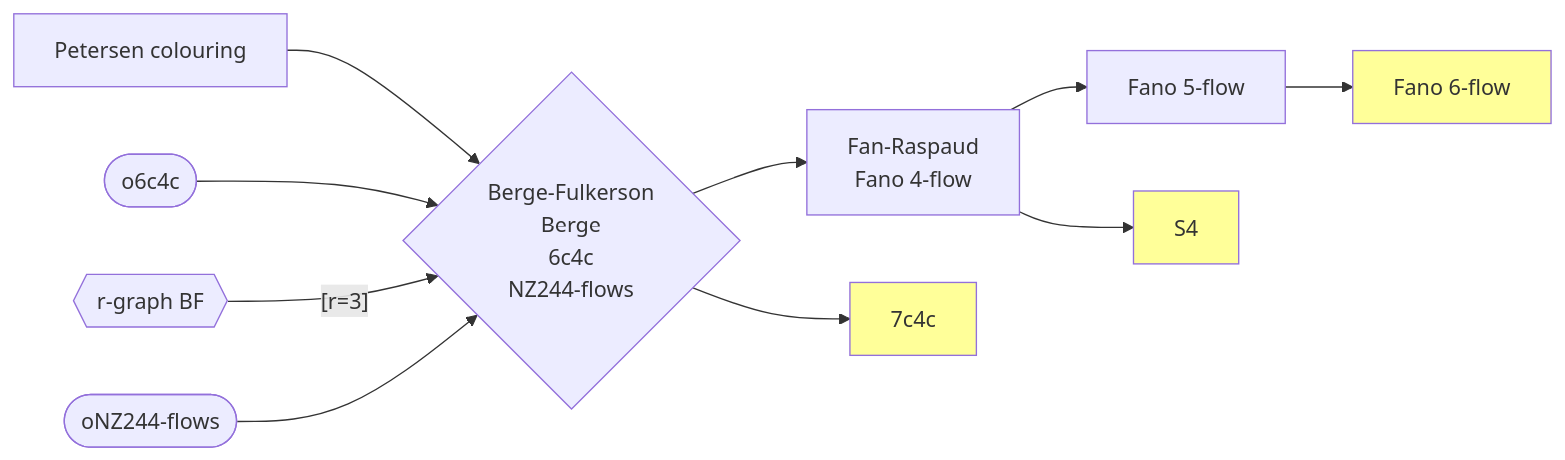
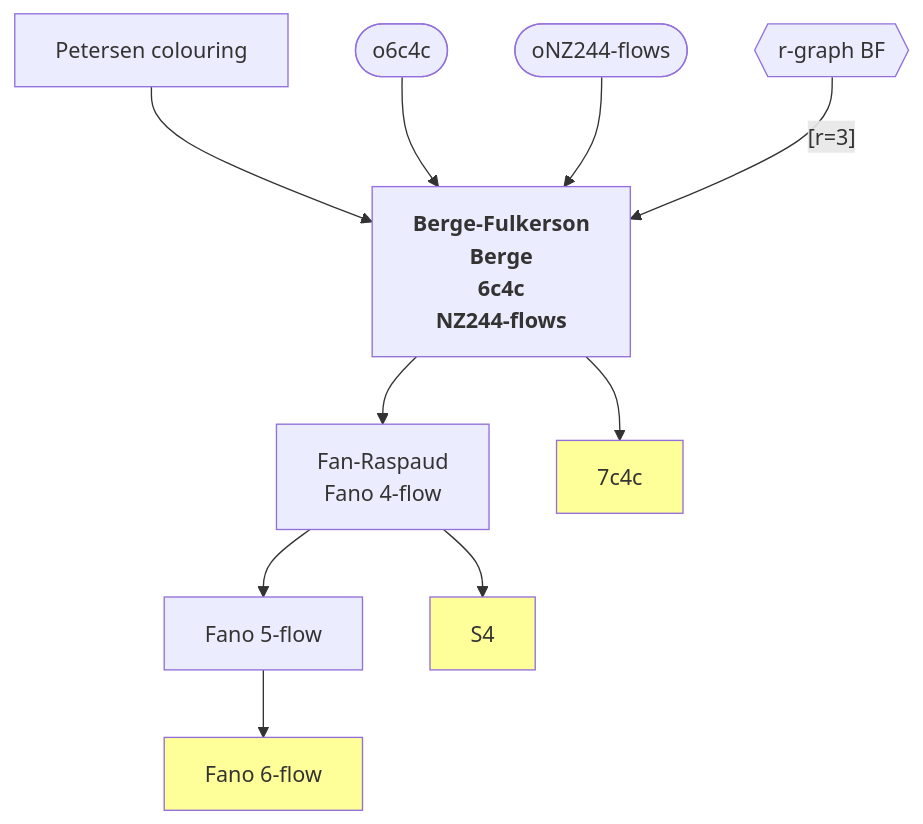
One commit to gexahedron/graph-book changed the diagram in notes/6c4c_and_relatives.md. Above: the diagram before and after it, drawn with Mermaid. The commit also changed other lines of this file, not shown here.

````diff
--- a/notes/6c4c_and_relatives.md
+++ b/notes/6c4c_and_relatives.md
@@ -3,20 +3,20 @@
 ```mermaid
-flowchart LR
-  pc[Petersen colouring] --> 6c4c{Berge-Fulkerson\nBerge\n6c4c\nNZ244-flows}
+flowchart TB
+  pc[Petersen colouring] --> 6c4c[<b>Berge-Fulkerson\nBerge\n6c4c\nNZ244-flows</b>]
   o6c4c([o6c4c]) --> 6c4c
+  o244([oNZ244-flows]) --> 6c4c
   rgraph{{r-graph BF}} --[r=3]--> 6c4c
-  o244([oNZ244-flows]) --> 6c4c
   6c4c --> fr[Fan-Raspaud\nFano 4-flow]
   fr --> fano5[Fano 5-flow]
   
   classDef theorem fill:#ff9
   
   7c4c:::theorem
   6c4c --> 7c4c[7c4c]
 
   fano6:::theorem
   fano5 --> fano6[Fano 6-flow]
 
   s4:::theorem
   fr --> s4[S4]
 ```
````
